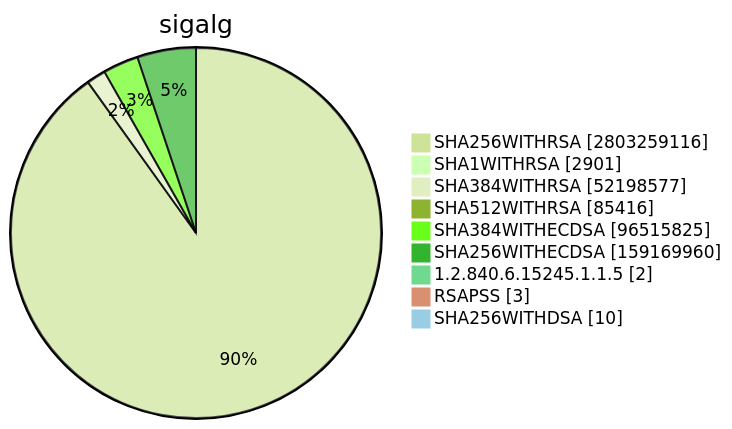
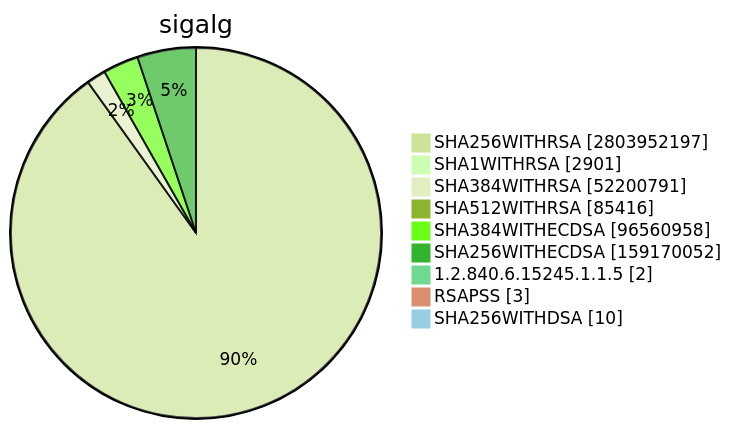
Diagram 15 of 15 in TOTAL/README.md (christiankrug/ctmonitor_visualization), drawn with Mermaid (forest theme) before and after one commit. The commit also changed other lines of this file, not shown here.

````diff
--- a/TOTAL/README.md
+++ b/TOTAL/README.md
@@ -6205,13 +6205,13 @@
 ```mermaid
 pie showData
 title sigalg
-"SHA256WITHRSA" :2803259116
+"SHA256WITHRSA" :2803952197
 "SHA1WITHRSA" :2901
-"SHA384WITHRSA" :52198577
+"SHA384WITHRSA" :52200791
 "SHA512WITHRSA" :85416
-"SHA384WITHECDSA" :96515825
-"SHA256WITHECDSA" :159169960
+"SHA384WITHECDSA" :96560958
+"SHA256WITHECDSA" :159170052
 "1.2.840.6.15245.1.1.5" :2
 "RSAPSS" :3
 "SHA256WITHDSA" :10
 ```
````
